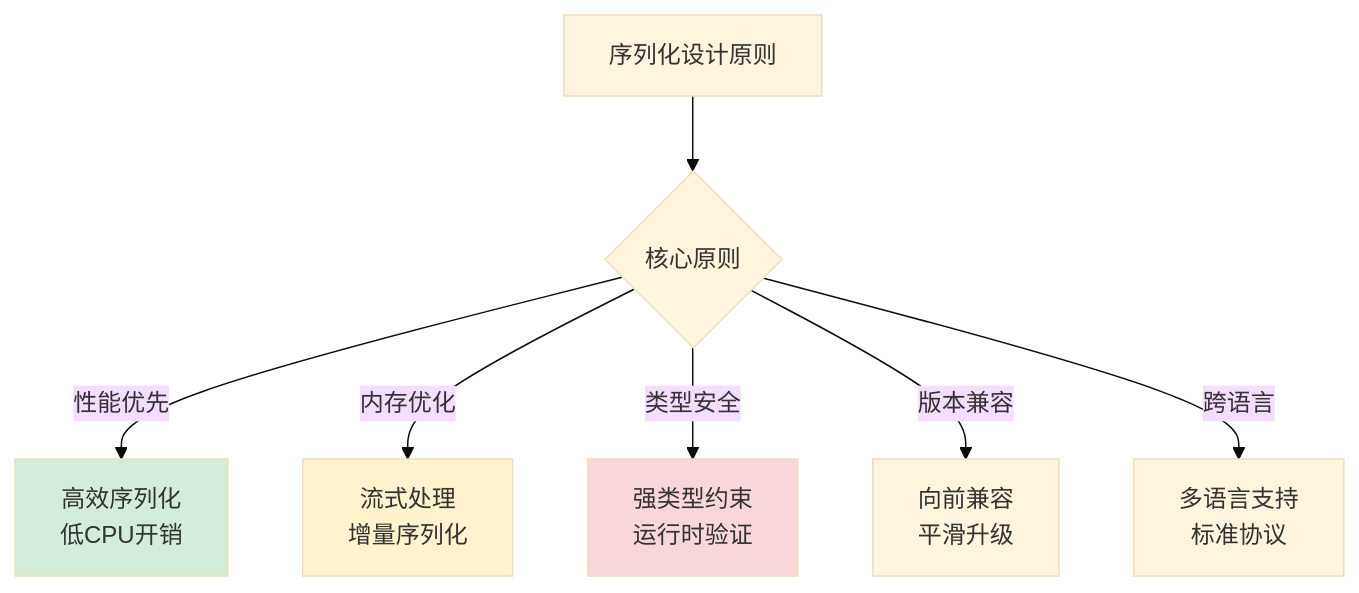
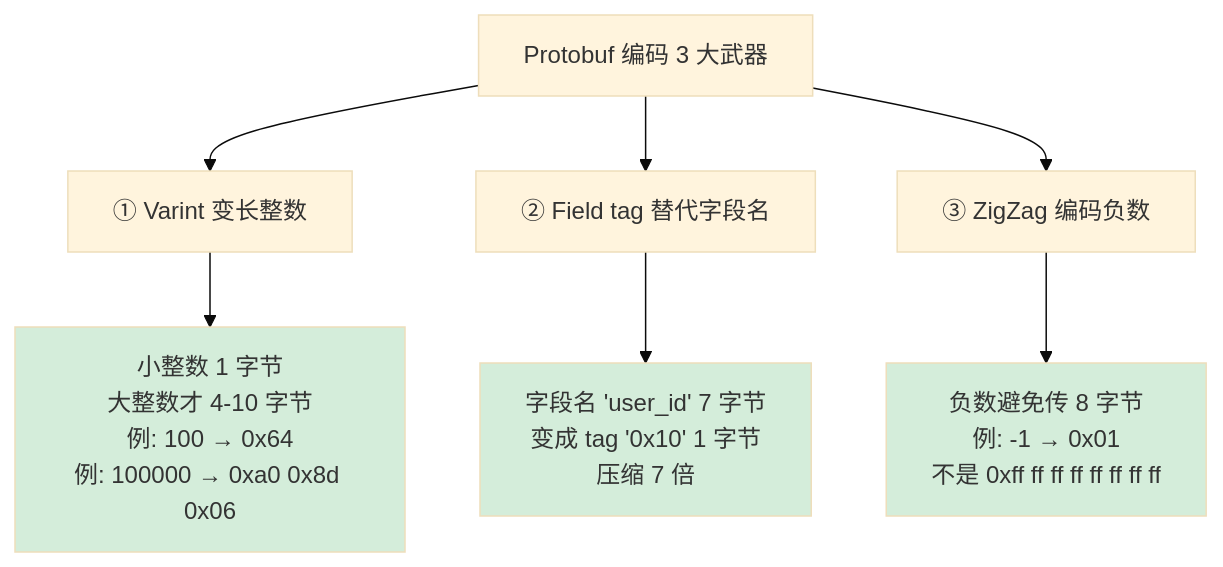
The third of 24 diagrams in 00.通用技术的提升/02.程序编程原理/05.序列化数据的思想.md (chongyang211/YCBookBlog), drawn with Mermaid (base theme) before and after one commit. The commit also changed other lines of this file and 6 other files, not shown here.

````diff
--- a/00.通用技术的提升/02.程序编程原理/05.序列化数据的思想.md
+++ b/00.通用技术的提升/02.程序编程原理/05.序列化数据的思想.md
@@ -207,13 +247,14 @@
 ```mermaid
-graph TB
-    A[序列化设计原则] --> B{核心原则}
-    B -->|性能优先| C[高效序列化<br/>低CPU开销]
-    B -->|内存优化| D[流式处理<br/>增量序列化]
-    B -->|类型安全| E[强类型约束<br/>运行时验证]
-    B -->|版本兼容| F[向前兼容<br/>平滑升级]
-    B -->|跨语言| G[多语言支持<br/>标准协议]
-    
-    style C fill:#d4edda
-    style D fill:#fff3cd
-    style E fill:#f8d7da
+flowchart TD
+    A[Protobuf 编码 3 大武器] --> B[① Varint 变长整数]
+    A --> C[② Field tag 替代字段名]
+    A --> D[③ ZigZag 编码负数]
+
+    B --> B1[小整数 1 字节<br/>大整数才 4-10 字节<br/>例: 100 → 0x64<br/>例: 100000 → 0xa0 0x8d 0x06]
+    C --> C1[字段名 'user_id' 7 字节<br/>变成 tag '0x10' 1 字节<br/>压缩 7 倍]
+    D --> D1[负数避免传 8 字节<br/>例: -1 → 0x01<br/>不是 0xff ff ff ff ff ff ff ff]
+
+    style B1 fill:#d4edda
+    style C1 fill:#d4edda
+    style D1 fill:#d4edda
 ```
````
